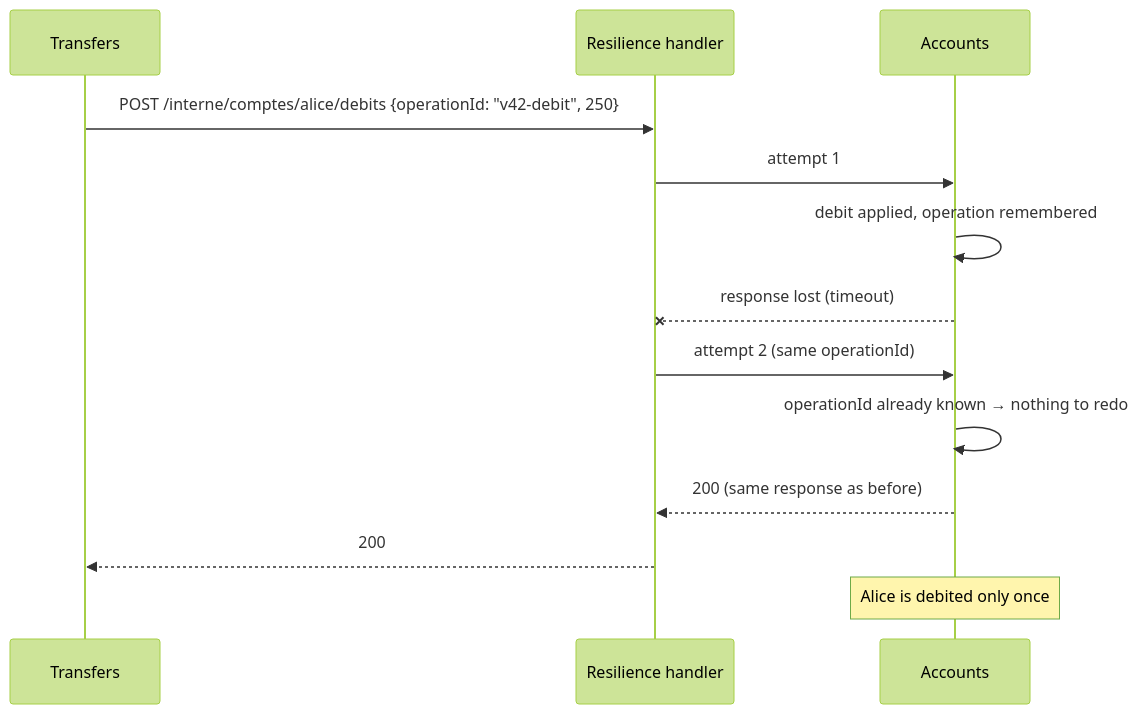
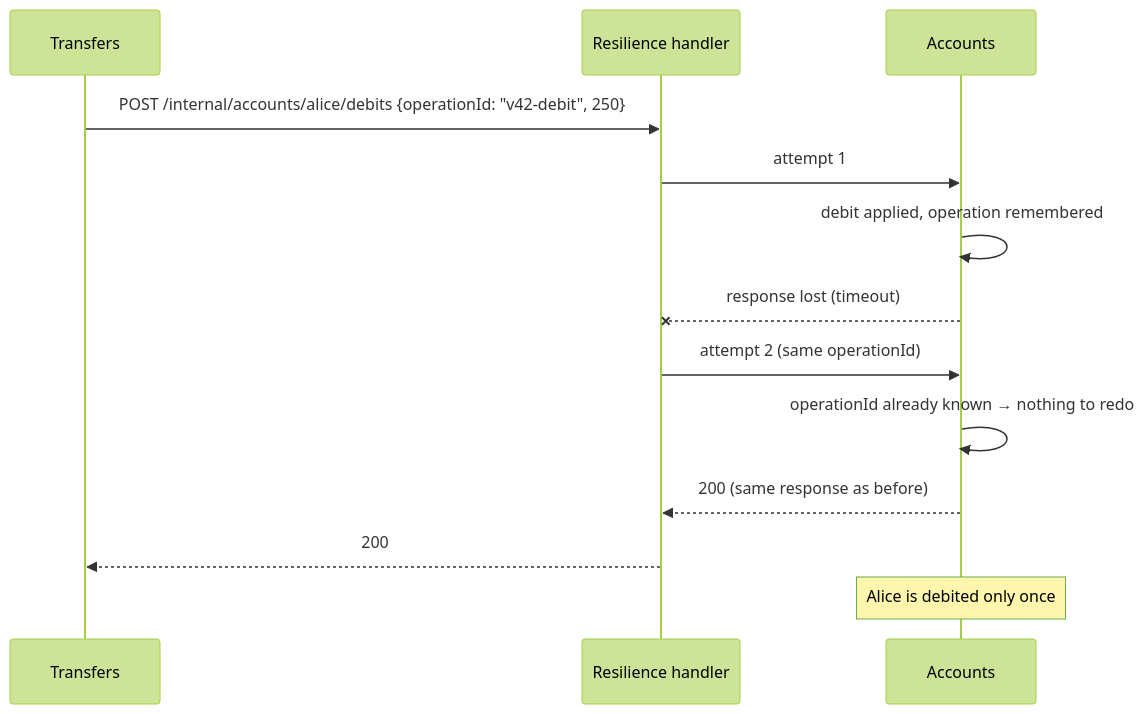
Before and after one commit to drangoht/ArchitecturesDemo: the second of 4 diagrams in Docs/en/08-microservices.md, drawn with Mermaid (forest theme). The commit also changed other lines of this file and 78 other files, not shown here.

First line of the commit message:
Docs EN : identifiants, liens, diagrammes et sorties alignés sur le code anglais

````diff
--- a/Docs/en/08-microservices.md
+++ b/Docs/en/08-microservices.md
@@ -107,15 +106,15 @@
 ```mermaid
 sequenceDiagram
     participant V as Transfers
     participant R as Resilience handler
     participant C as Accounts
-    V->>R: POST /interne/comptes/alice/debits {operationId: "v42-debit", 250}
+    V->>R: POST /internal/accounts/alice/debits {operationId: "v42-debit", 250}
     R->>C: attempt 1
     C->>C: debit applied, operation remembered
     C--xR: response lost (timeout)
     R->>C: attempt 2 (same operationId)
     C->>C: operationId already known → nothing to redo
     C-->>R: 200 (same response as before)
     R-->>V: 200
     Note over C: Alice is debited only once
 ```
````
